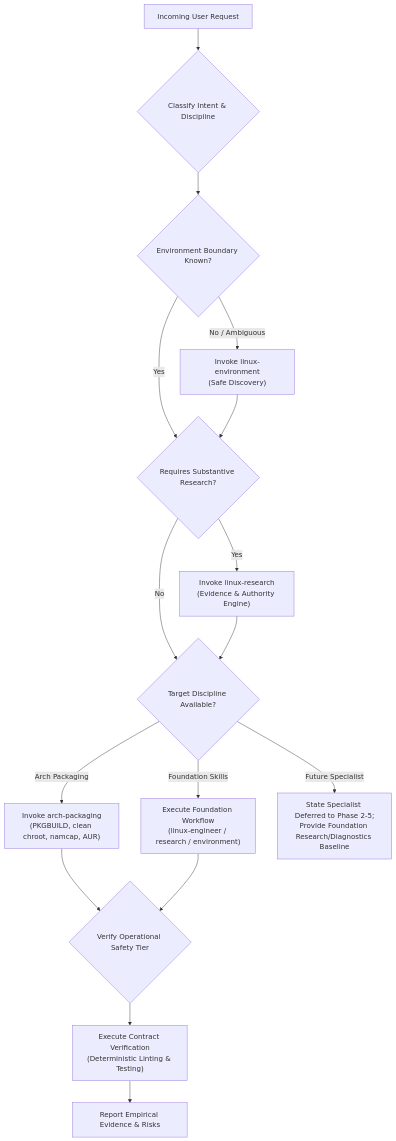
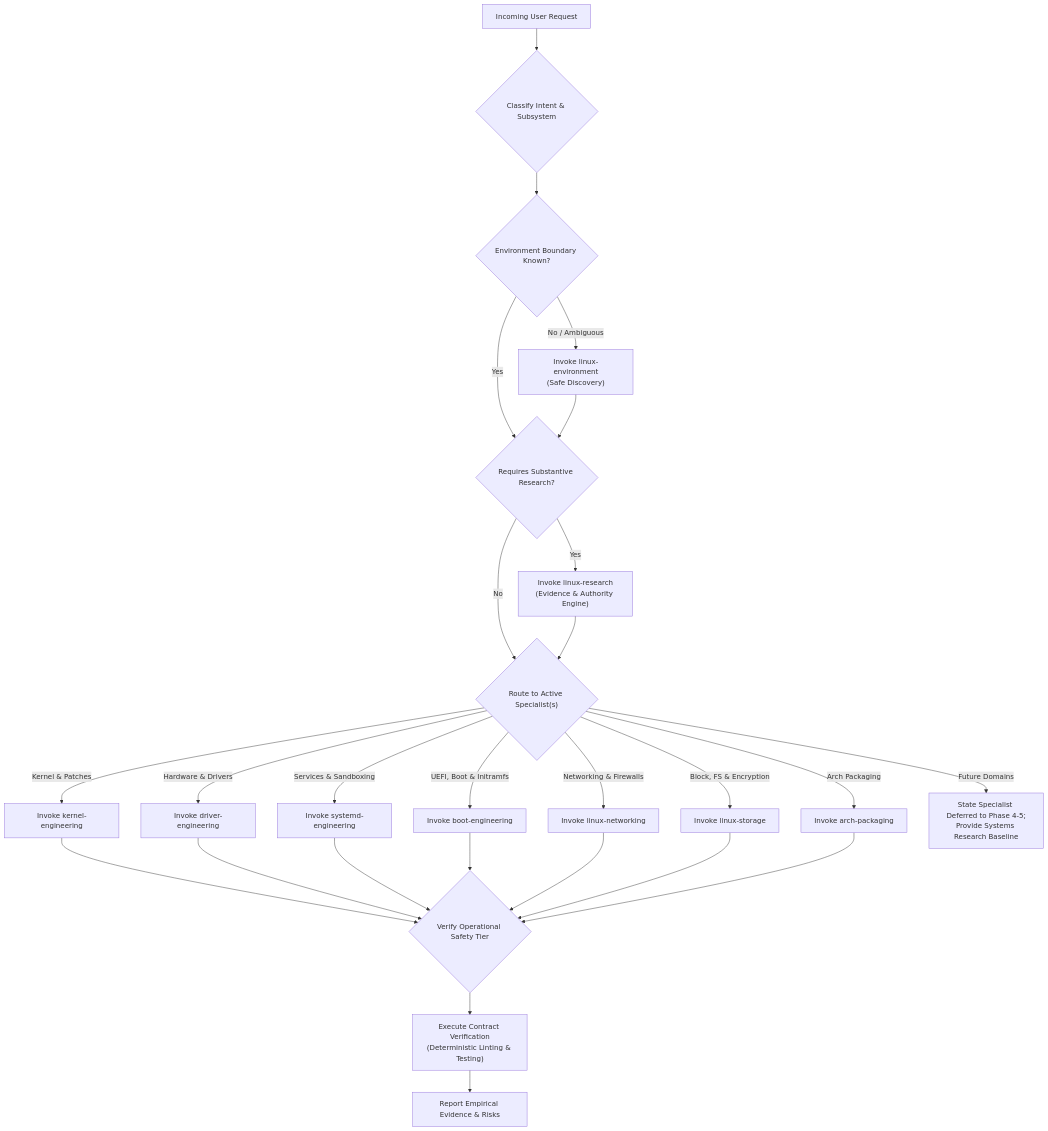
The diagram in skills/linux-engineer/SKILL.md (eshanized/SysWright), drawn with Mermaid before and after one commit. The commit also changed other lines of this file, not shown here.

First line of the commit message:
feat(routing): integrate Phase 3 systems specialists into linux-engineer orchestrator

````diff
--- a/skills/linux-engineer/SKILL.md
+++ b/skills/linux-engineer/SKILL.md
@@ -21,22 +21,32 @@
 ```mermaid
 flowchart TD
-    REQ["Incoming User Request"] --> CLASS{"Classify Intent & Discipline"}
+    REQ["Incoming User Request"] --> CLASS{"Classify Intent & Subsystem"}
 
     CLASS --> ENV_CHECK{"Environment Boundary Known?"}
     ENV_CHECK -->|No / Ambiguous| ENV["Invoke linux-environment\n(Safe Discovery)"]
     ENV_CHECK -->|Yes| RES_CHECK{"Requires Substantive Research?"}
     ENV --> RES_CHECK
 
     RES_CHECK -->|Yes| RES["Invoke linux-research\n(Evidence & Authority Engine)"]
-    RES_CHECK -->|No| SPEC_CHECK{"Target Discipline Available?"}
+    RES_CHECK -->|No| SPEC_CHECK{"Route to Active Specialist(s)"}
     RES --> SPEC_CHECK
 
-    SPEC_CHECK -->|Arch Packaging| ARCH_PKG["Invoke arch-packaging\n(PKGBUILD, clean chroot, namcap, AUR)"]
-    SPEC_CHECK -->|Foundation Skills| EXEC["Execute Foundation Workflow\n(linux-engineer / research / environment)"]
-    SPEC_CHECK -->|Future Specialist| DEFER["State Specialist Deferred to Phase 2-5;\nProvide Foundation Research/Diagnostics Baseline"]
+    SPEC_CHECK -->|Kernel & Patches| KERN["Invoke kernel-engineering"]
+    SPEC_CHECK -->|Hardware & Drivers| DRV["Invoke driver-engineering"]
+    SPEC_CHECK -->|Services & Sandboxing| SYS["Invoke systemd-engineering"]
+    SPEC_CHECK -->|UEFI, Boot & Initramfs| BOOT["Invoke boot-engineering"]
+    SPEC_CHECK -->|Networking & Firewalls| NET["Invoke linux-networking"]
+    SPEC_CHECK -->|Block, FS & Encryption| STOR["Invoke linux-storage"]
+    SPEC_CHECK -->|Arch Packaging| ARCH_PKG["Invoke arch-packaging"]
+    SPEC_CHECK -->|Future Domains| DEFER["State Specialist Deferred to Phase 4-5;\nProvide Systems Research Baseline"]
 
-    ARCH_PKG --> SAFE{"Verify Operational Safety Tier"}
-    EXEC --> SAFE
+    KERN --> SAFE{"Verify Operational Safety Tier"}
+    DRV --> SAFE
+    SYS --> SAFE
+    BOOT --> SAFE
+    NET --> SAFE
+    STOR --> SAFE
+    ARCH_PKG --> SAFE
     SAFE --> VERIFY["Execute Contract Verification\n(Deterministic Linting & Testing)"]
     VERIFY --> REPORT["Report Empirical Evidence & Risks"]
 ```
````
